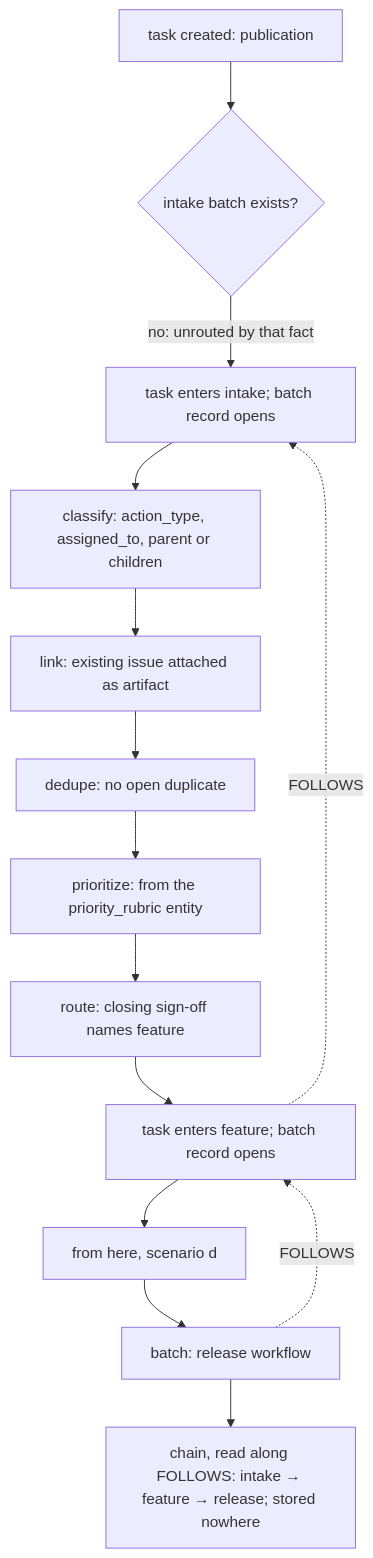
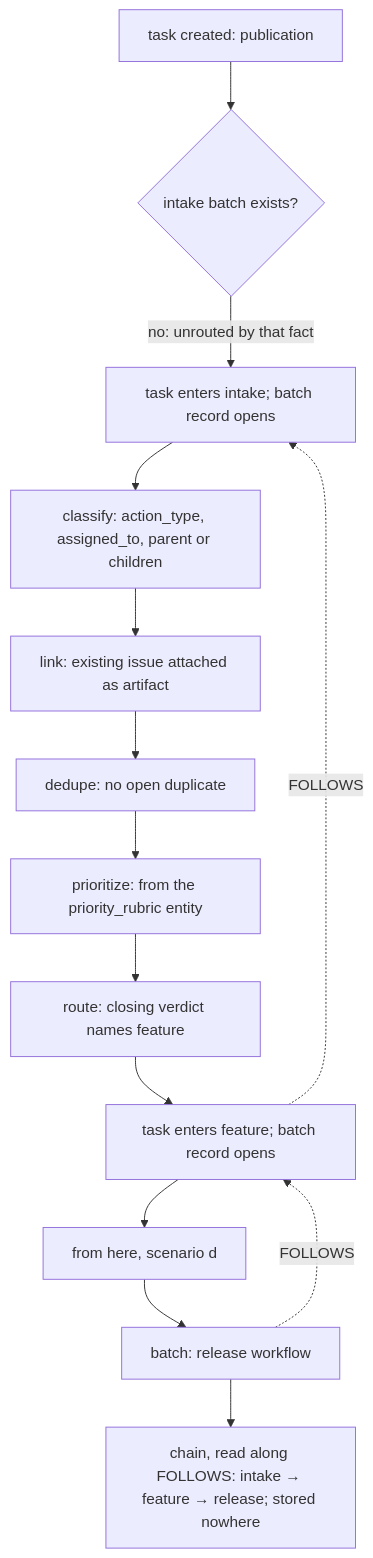
The tenth of 10 diagrams in docs/foundation/scenarios.md (markmhendrickson/ateles), drawn with Mermaid before and after one commit. The commit also changed other lines of this file and 32 other files, not shown here.

````diff
--- a/docs/foundation/scenarios.md
+++ b/docs/foundation/scenarios.md
@@ -340,16 +340,16 @@
 ```mermaid
 flowchart TD
     C[task created: publication] --> U{intake batch exists?}
     U -->|no: unrouted by that fact| I[task enters intake; batch record opens]
     I --> S1[classify: action_type, assigned_to, parent or children]
     S1 --> S2[link: existing issue attached as artifact]
     S2 --> S3[dedupe: no open duplicate]
     S3 --> S4[prioritize: from the priority_rubric entity]
-    S4 --> S5[route: closing sign-off names feature]
+    S4 --> S5[route: closing verdict names feature]
     S5 --> F[task enters feature; batch record opens]
     F -.->|FOLLOWS| I
     F --> D[from here, scenario d]
     D --> R[batch: release workflow]
     R -.->|FOLLOWS| F
     R --> CH[chain, read along FOLLOWS: intake → feature → release; stored nowhere]
 ```
````
